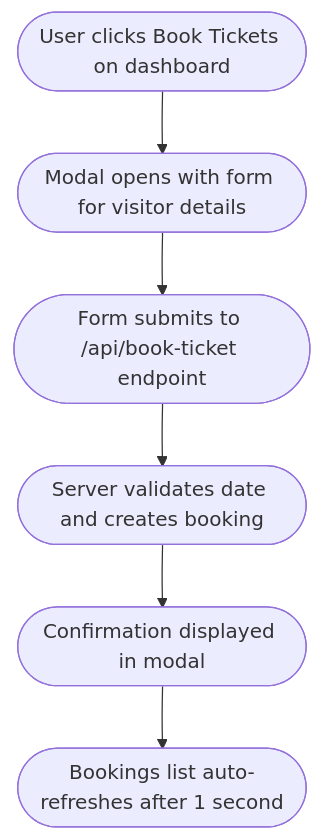
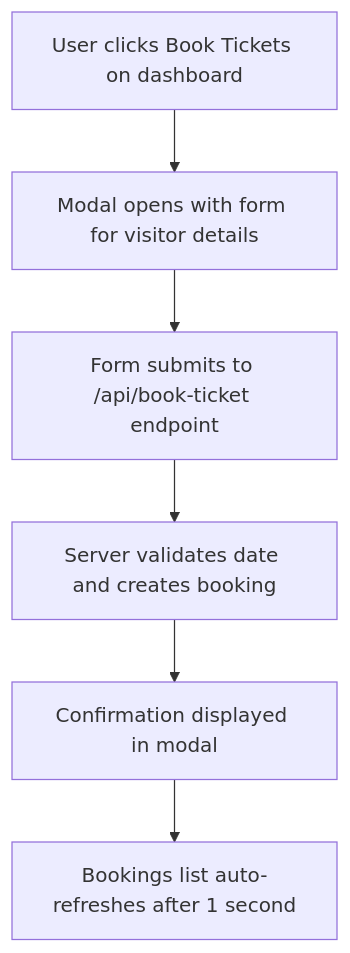
Before and after one commit to chaitanyasaiyerra/Musuem-chatbot: the seventh of 15 diagrams in STEP_BY_STEP_GUIDE.md, drawn with Mermaid. The commit also changed other lines of this file and 1 other file, not shown here.

Commit message:
docs: wrap mermaid nodes in standard boxes with quotes to prevent text wrapping

````diff
--- a/STEP_BY_STEP_GUIDE.md
+++ b/STEP_BY_STEP_GUIDE.md
@@ -118,8 +118,8 @@
 ```mermaid
 graph TD
-    A([User clicks Book Tickets on dashboard]) --> B([Modal opens with form for visitor details])
-    B --> C([Form submits to /api/book-ticket endpoint])
-    C --> D([Server validates date and creates booking])
-    D --> E([Confirmation displayed in modal])
-    E --> F([Bookings list auto-refreshes after 1 second])
+    A["User clicks Book Tickets on dashboard"] --> B["Modal opens with form for visitor details"]
+    B --> C["Form submits to /api/book-ticket endpoint"]
+    C --> D["Server validates date and creates booking"]
+    D --> E["Confirmation displayed in modal"]
+    E --> F["Bookings list auto-refreshes after 1 second"]
 ```
````
